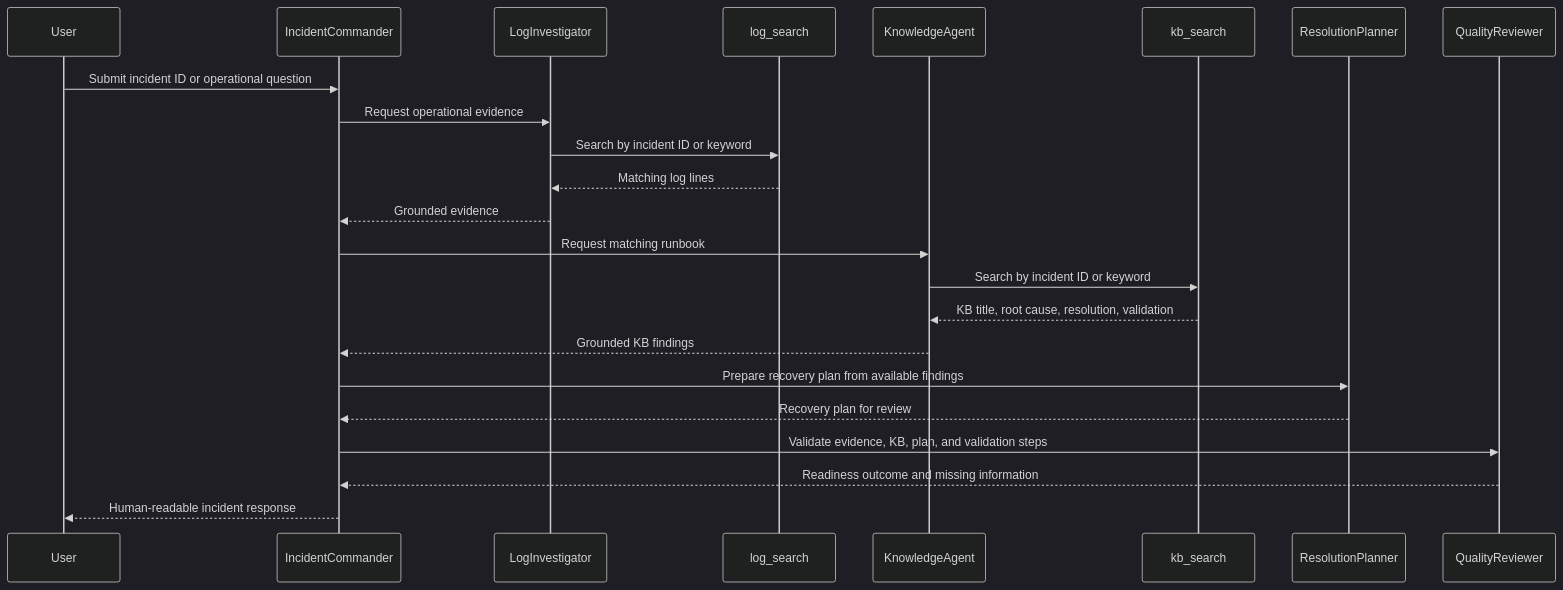
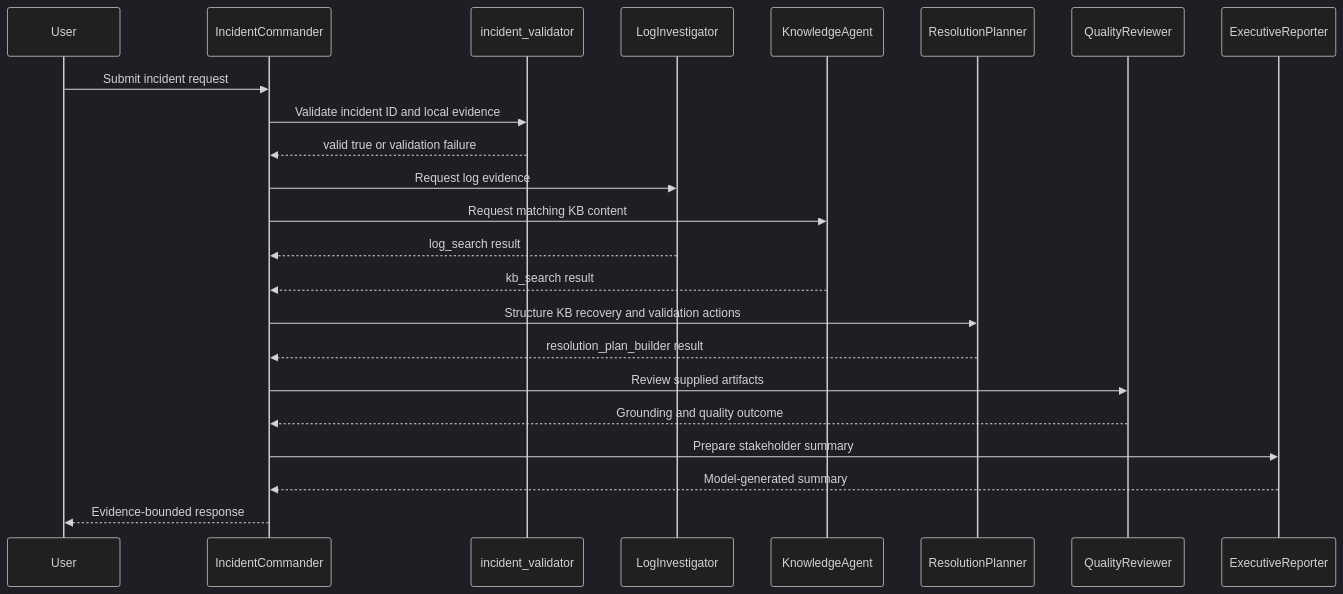
One commit to zeronicyber/OpsPilot changed the second of 2 diagrams in README_OPSPILOT.md. Above: the diagram before and after it, drawn with Mermaid (dark theme). The commit also changed other lines of this file and 38 other files, not shown here.

````diff
--- a/README_OPSPILOT.md
+++ b/README_OPSPILOT.md
@@ -60,29 +61,26 @@
 ```mermaid
 sequenceDiagram
     participant User
     participant IC as IncidentCommander
+    participant V as incident_validator
     participant LI as LogInvestigator
-    participant LS as log_search
     participant KA as KnowledgeAgent
-    participant KS as kb_search
     participant RP as ResolutionPlanner
     participant QR as QualityReviewer
+    participant ER as ExecutiveReporter
 
-    User->>IC: Submit incident ID or operational question
-    IC->>LI: Request operational evidence
-    LI->>LS: Search by incident ID or keyword
-    LS-->>LI: Matching log lines
-    LI-->>IC: Grounded evidence
-
-    IC->>KA: Request matching runbook
-    KA->>KS: Search by incident ID or keyword
-    KS-->>KA: KB title, root cause, resolution, validation
-    KA-->>IC: Grounded KB findings
-
-    IC->>RP: Prepare recovery plan from available findings
-    RP-->>IC: Recovery plan for review
-
-    IC->>QR: Validate evidence, KB, plan, and validation steps
-    QR-->>IC: Readiness outcome and missing information
-    IC-->>User: Human-readable incident response
+    User->>IC: Submit incident request
+    IC->>V: Validate incident ID and local evidence
+    V-->>IC: valid true or validation failure
+    IC->>LI: Request log evidence
+    IC->>KA: Request matching KB content
+    LI-->>IC: log_search result
+    KA-->>IC: kb_search result
+    IC->>RP: Structure KB recovery and validation actions
+    RP-->>IC: resolution_plan_builder result
+    IC->>QR: Review supplied artifacts
+    QR-->>IC: Grounding and quality outcome
+    IC->>ER: Prepare stakeholder summary
+    ER-->>IC: Model-generated summary
+    IC-->>User: Evidence-bounded response
 ```
````
